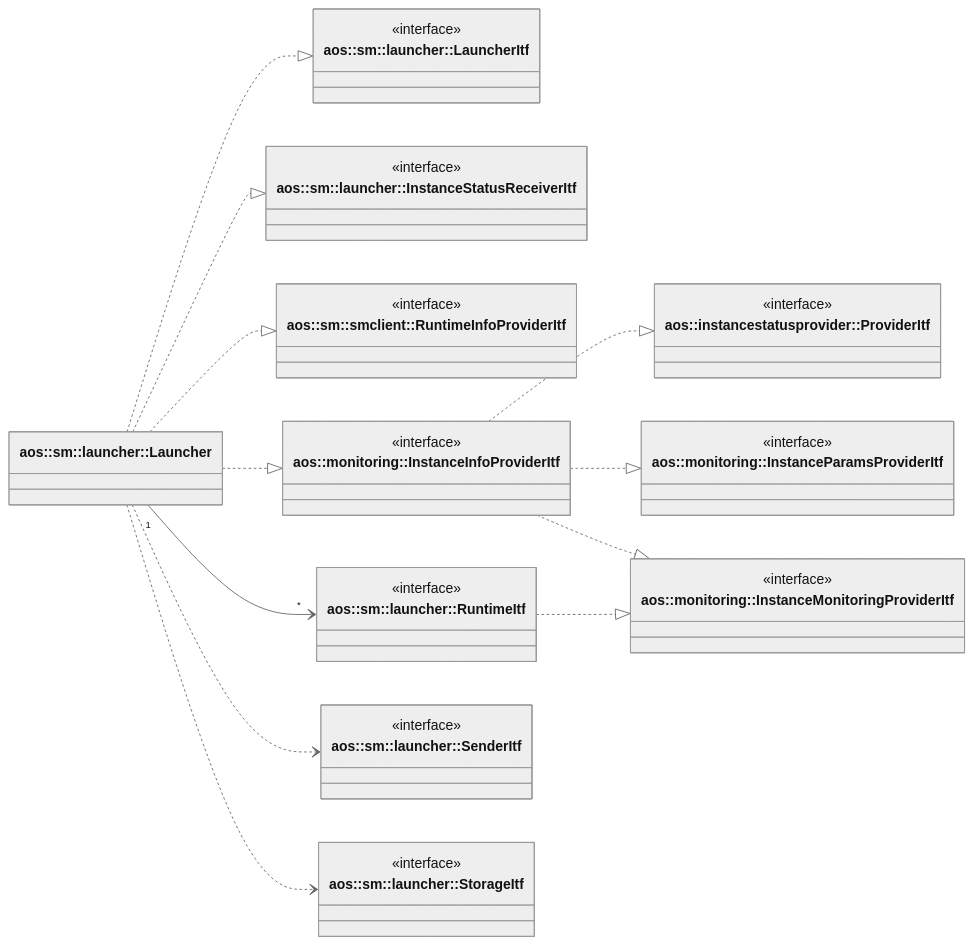
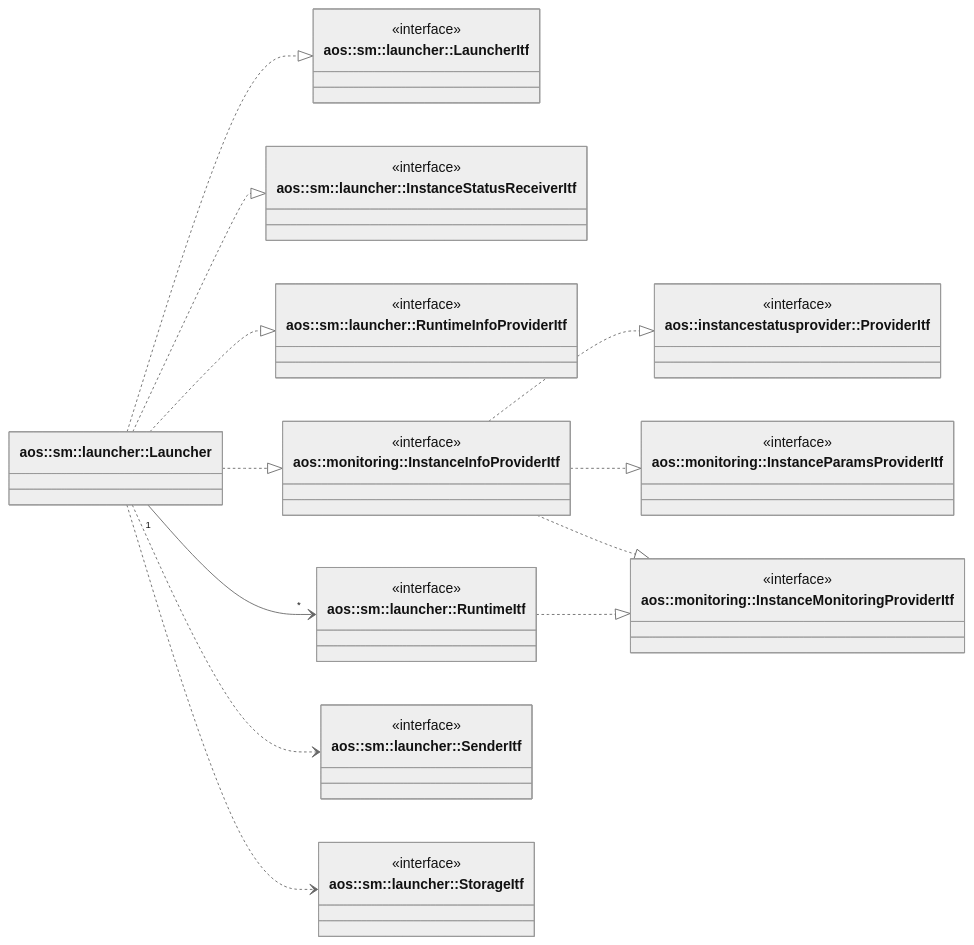
Before and after one commit to aosedge/aos_core_lib_cpp: the first of 3 diagrams in src/core/sm/launcher/launcher.md, drawn with Mermaid (neutral theme). The commit also changed other lines of this file and 6 other files, not shown here.

Commit message:
sm: launcher: move RuntimeInfoProviderItf to launcher module

````diff
--- a/src/core/sm/launcher/launcher.md
+++ b/src/core/sm/launcher/launcher.md
@@ -32,60 +32,60 @@
 ```mermaid
 classDiagram
     direction LR
 
     class Launcher ["aos::sm::launcher::Launcher"] {
     }
 
     class LauncherItf ["aos::sm::launcher::LauncherItf"] {
         <<interface>>
     }
 
     class InstanceStatusReceiverItf ["aos::sm::launcher::InstanceStatusReceiverItf"] {
         <<interface>>
     }
 
-    class RuntimeInfoProviderItf ["aos::sm::smclient::RuntimeInfoProviderItf"] {
+    class RuntimeInfoProviderItf ["aos::sm::launcher::RuntimeInfoProviderItf"] {
         <<interface>>
     }
 
     class InstanceInfoProviderItf ["aos::monitoring::InstanceInfoProviderItf"] {
         <<interface>>
     }
 
     class InstanceStatusProviderItf["aos::instancestatusprovider::ProviderItf"] {
         <<interface>>
     }
 
     class InstanceParamsProviderItf["aos::monitoring::InstanceParamsProviderItf"] {
         <<interface>>
     }
 
     class InstanceMonitoringProviderItf["aos::monitoring::InstanceMonitoringProviderItf"] {
         <<interface>>
     }
 
     class RuntimeItf ["aos::sm::launcher::RuntimeItf"] {
         <<interface>>
     }
 
     class SenderItf ["aos::sm::launcher::SenderItf"] {
         <<interface>>
     }
 
     class StorageItf ["aos::sm::launcher::StorageItf"] {
         <<interface>>
     }
 
     Launcher ..|> LauncherItf
     Launcher ..|> InstanceStatusReceiverItf
     Launcher ..|> RuntimeInfoProviderItf
     Launcher ..|> InstanceInfoProviderItf
     InstanceInfoProviderItf ..|> InstanceStatusProviderItf
     InstanceInfoProviderItf ..|> InstanceParamsProviderItf
     InstanceInfoProviderItf ..|> InstanceMonitoringProviderItf
     RuntimeItf ..|> InstanceMonitoringProviderItf
 
     Launcher "1" --> "*" RuntimeItf
     Launcher ..> SenderItf
     Launcher ..> StorageItf
 ```
````
